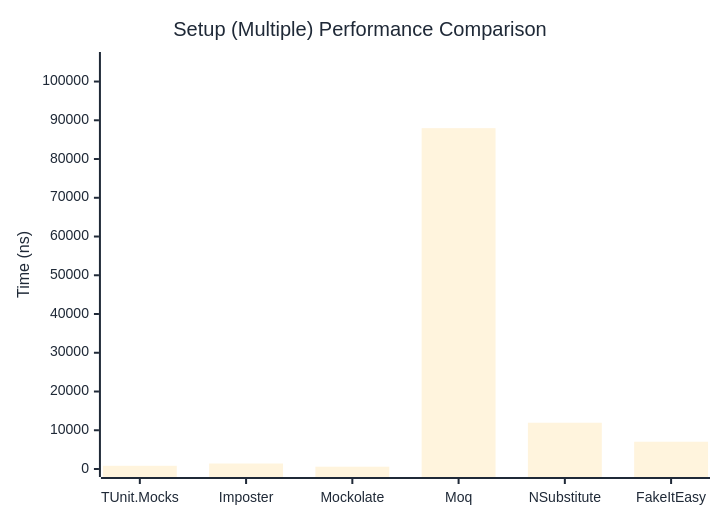
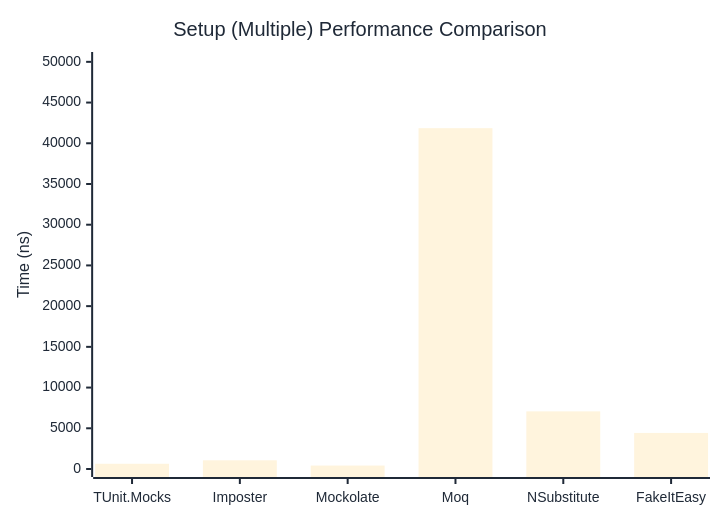
One commit to thomhurst/TUnit changed the second of 2 diagrams in docs/docs/benchmarks/mocks/Setup.md. Above: the diagram before and after it, drawn with Mermaid. The commit also changed other lines of this file and 14 other files, not shown here.

````diff
--- a/docs/docs/benchmarks/mocks/Setup.md
+++ b/docs/docs/benchmarks/mocks/Setup.md
@@ -71,27 +71,27 @@
 ```mermaid
 %%{init: {
   'theme':'base',
   'themeVariables': {
     'primaryColor': '#2563eb',
     'primaryTextColor': '#1f2937',
     'primaryBorderColor': '#1e40af',
     'lineColor': '#6b7280',
     'secondaryColor': '#7c3aed',
     'tertiaryColor': '#dc2626',
     'background': '#ffffff',
     'pie1': '#2563eb',
     'pie2': '#7c3aed',
     'pie3': '#dc2626',
     'pie4': '#f59e0b',
     'pie5': '#10b981',
     'pie6': '#06b6d4',
     'pie7': '#ec4899',
     'pie8': '#6366f1'
   }
 }}%%
 xychart-beta
   title "Setup (Multiple) Performance Comparison"
   x-axis ["TUnit.Mocks", "Imposter", "Mockolate", "Moq", "NSubstitute", "FakeItEasy"]
-  y-axis "Time (ns)" 0 --> 105558
-  bar [831.7, 1416.9, 590.2, 87964.9, 11943.4, 7036.4]
+  y-axis "Time (ns)" 0 --> 50226
+  bar [642.3, 1066.7, 422.4, 41854.3, 7077.8, 4429.5]
 ```
````
